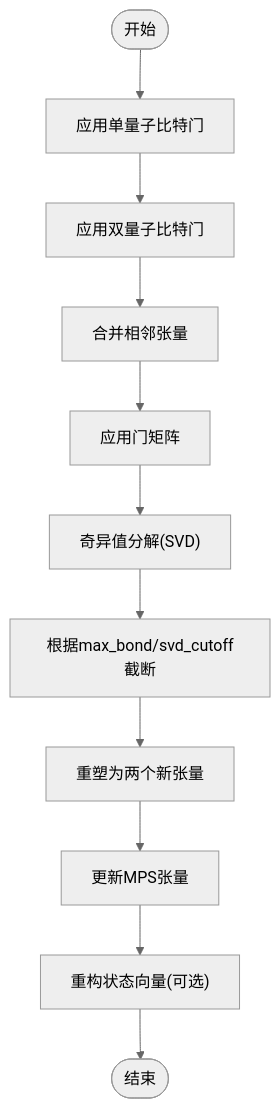
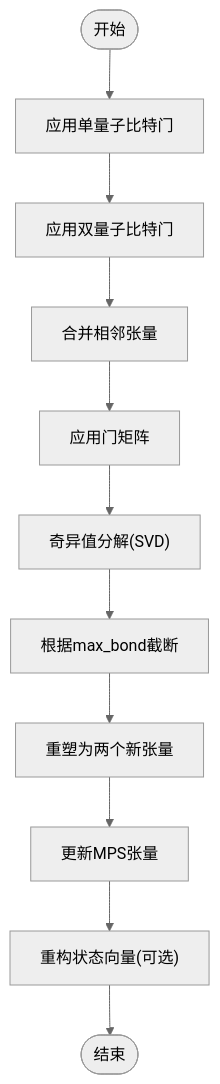
Before and after one commit to QureGenAI-Biotech/TyxonQ: the second of 4 diagrams in .qoder/repowiki/zh/content/设备抽象层/模拟器/矩阵乘积态模拟器.md, drawn with Mermaid (neutral theme). The commit also changed other lines of this file and 9 other files, not shown here.

````diff
--- a/.qoder/repowiki/zh/content/设备抽象层/模拟器/矩阵乘积态模拟器.md
+++ b/.qoder/repowiki/zh/content/设备抽象层/模拟器/矩阵乘积态模拟器.md
@@ -74,13 +81,13 @@
 ```mermaid
 flowchart TD
 Start([开始]) --> Apply1Q["应用单量子比特门"]
 Apply1Q --> Apply2Q["应用双量子比特门"]
 Apply2Q --> Merge["合并相邻张量"]
 Merge --> ApplyGate["应用门矩阵"]
 ApplyGate --> SVD["奇异值分解(SVD)"]
-SVD --> Truncate["根据max_bond/svd_cutoff截断"]
+SVD --> Truncate["根据max_bond截断"]
 Truncate --> Reshape["重塑为两个新张量"]
 Reshape --> Update["更新MPS张量"]
 Update --> Reconstruct["重构状态向量(可选)"]
 Reconstruct --> End([结束])
 ```
````
